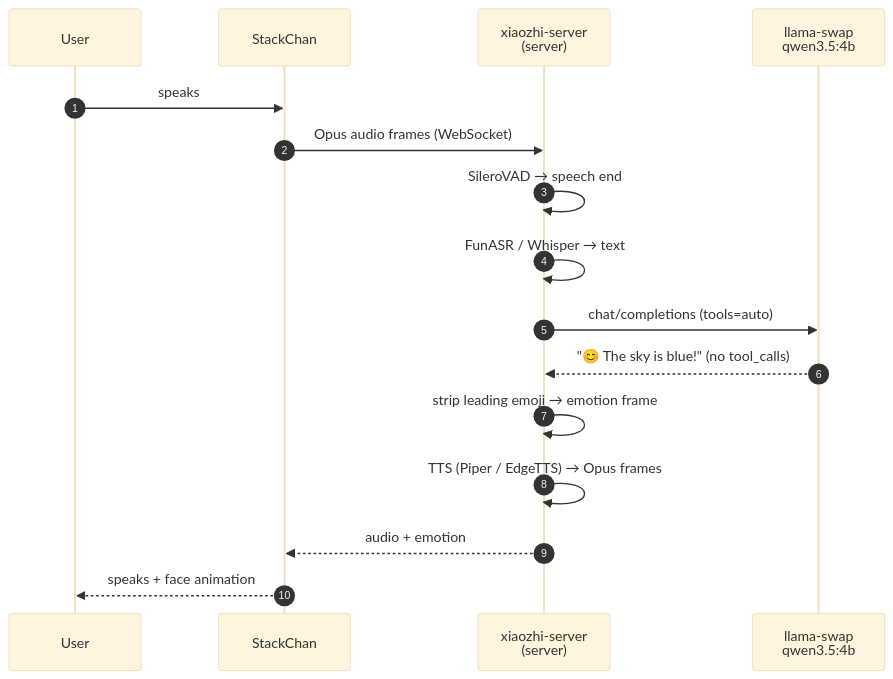
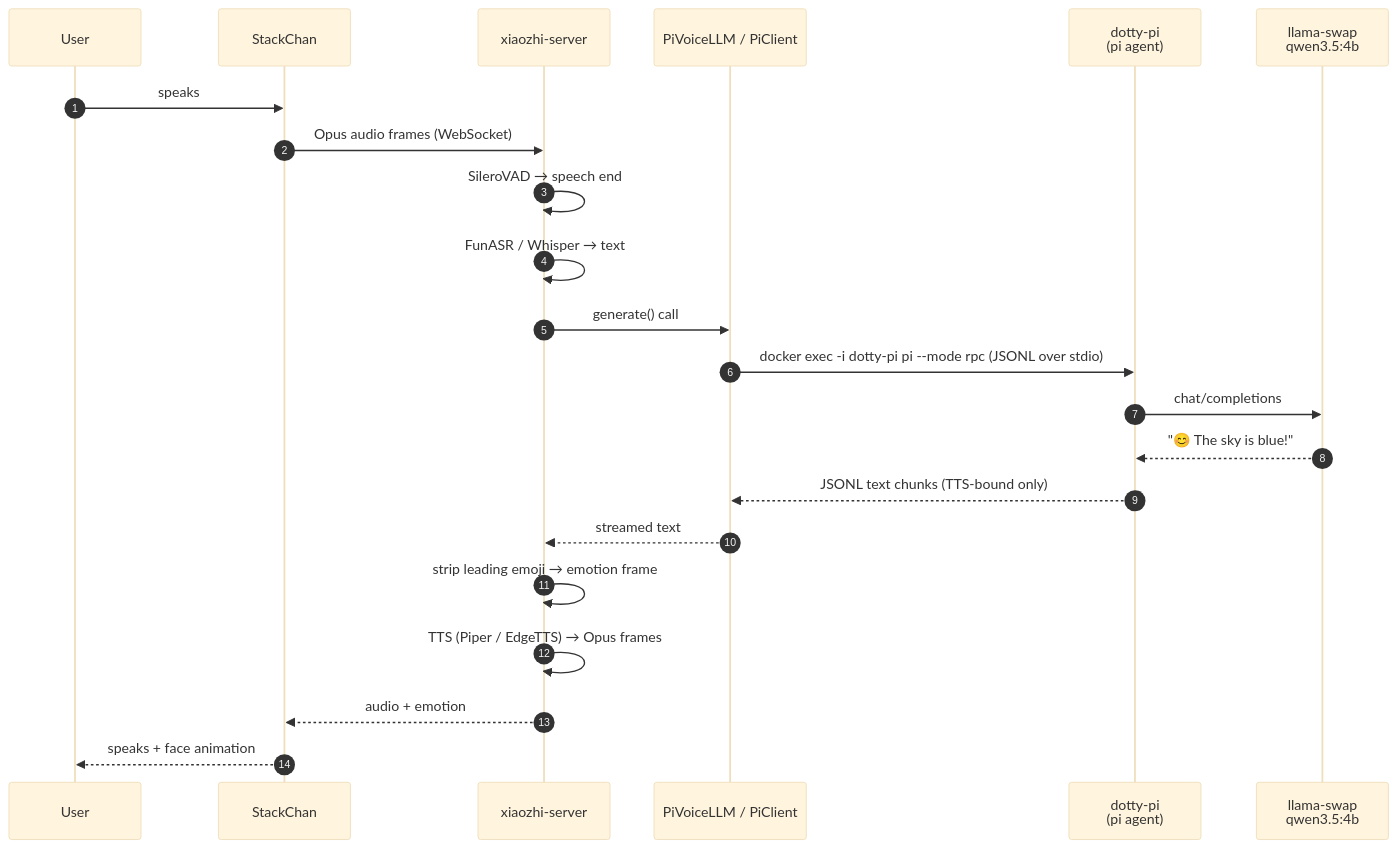
The second of 3 diagrams in docs/architecture.md (alkaid/dotty-stackchan), drawn with Mermaid (base theme) before and after one commit. The commit also changed other lines of this file and 50 other files, not shown here.

First line of the commit message:
docs: retire ZeroClaw — reconcile docs + config to the post-#36 architecture (#90)

````diff
--- a/docs/architecture.md
+++ b/docs/architecture.md
@@ -82,19 +75,25 @@
 ```mermaid
 sequenceDiagram
     autonumber
     participant User
     participant SC as StackChan
-    participant XZ as xiaozhi-server<br/>(server)
+    participant XZ as xiaozhi-server
+    participant PV as PiVoiceLLM / PiClient
+    participant PI as dotty-pi<br/>(pi agent)
     participant LS as llama-swap<br/>qwen3.5:4b
 
     User->>SC: speaks
     SC->>XZ: Opus audio frames (WebSocket)
     XZ->>XZ: SileroVAD → speech end
     XZ->>XZ: FunASR / Whisper → text
-    XZ->>LS: chat/completions (tools=auto)
-    LS-->>XZ: "😊 The sky is blue!" (no tool_calls)
+    XZ->>PV: generate() call
+    PV->>PI: docker exec -i dotty-pi pi --mode rpc (JSONL over stdio)
+    PI->>LS: chat/completions
+    LS-->>PI: "😊 The sky is blue!"
+    PI-->>PV: JSONL text chunks (TTS-bound only)
+    PV-->>XZ: streamed text
     XZ->>XZ: strip leading emoji → emotion frame
     XZ->>XZ: TTS (Piper / EdgeTTS) → Opus frames
     XZ-->>SC: audio + emotion
     SC-->>User: speaks + face animation
 ```
````
